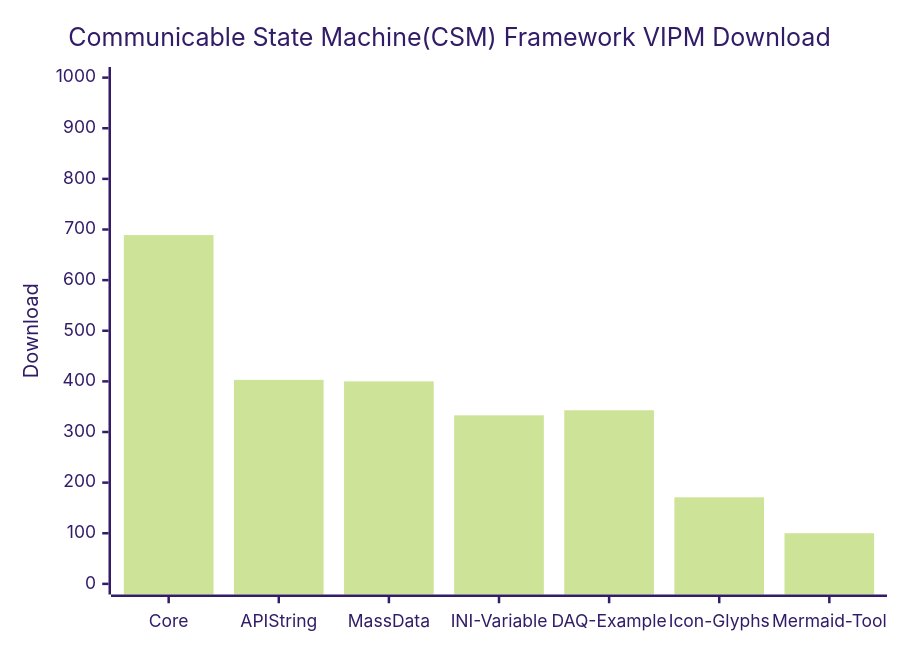
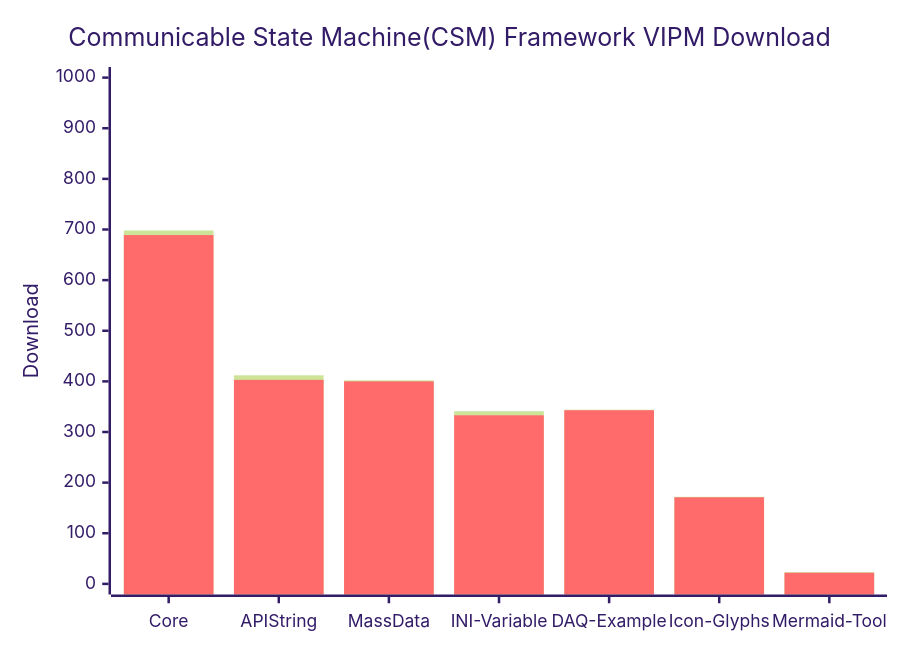
One commit to NEVSTOP-LAB/.github changed the diagram in profile/README.md. Above: the diagram before and after it, drawn with Mermaid (forest theme).

````diff
--- a/profile/README.md
+++ b/profile/README.md
@@ -27,7 +27,8 @@
 ```mermaid
     xychart-beta
     title "Communicable State Machine(CSM) Framework VIPM Download"
     x-axis [Core, API String, MassData, INI-Variable, DAQ-Example, Icon-Glyphs, Mermaid-Tool]
     y-axis "Download" 0 --> 1000
-    bar   [689, 403, 400, 333, 343, 171, 100, 22]
+    bar   [698, 412, 402, 341, 344, 172, 23]
+    bar   [689, 403, 400, 333, 343, 171, 22]
 ```
````
